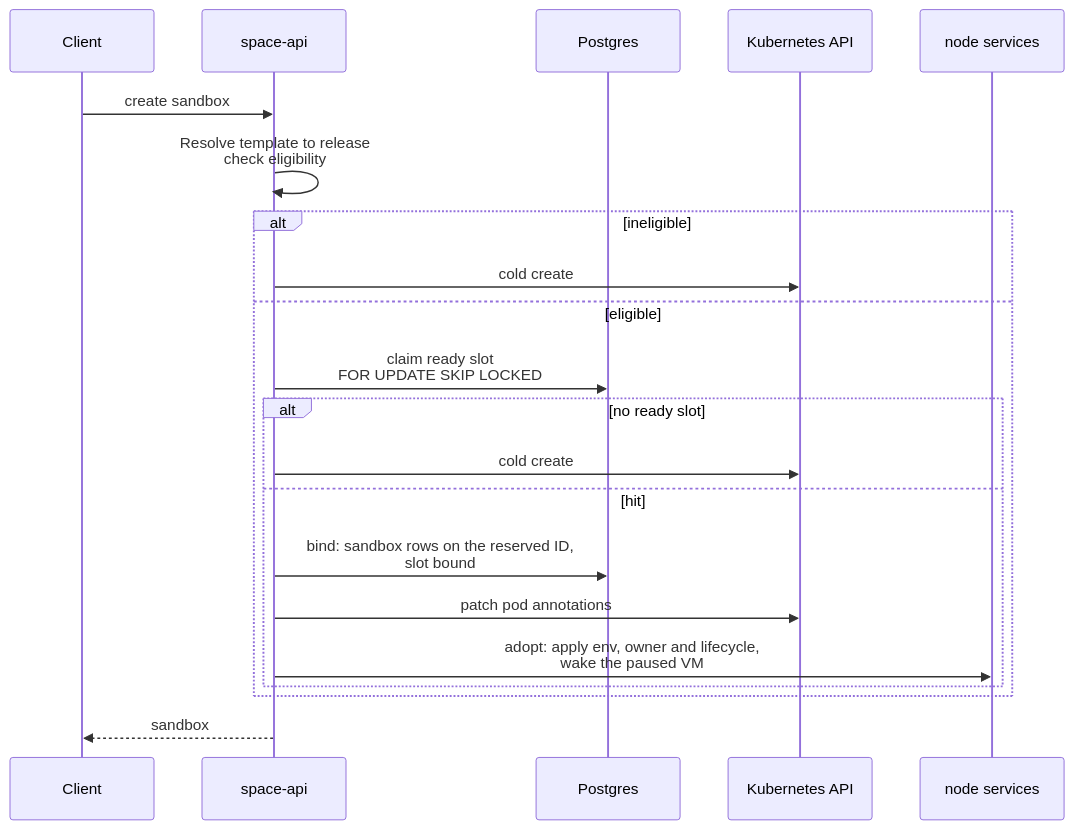
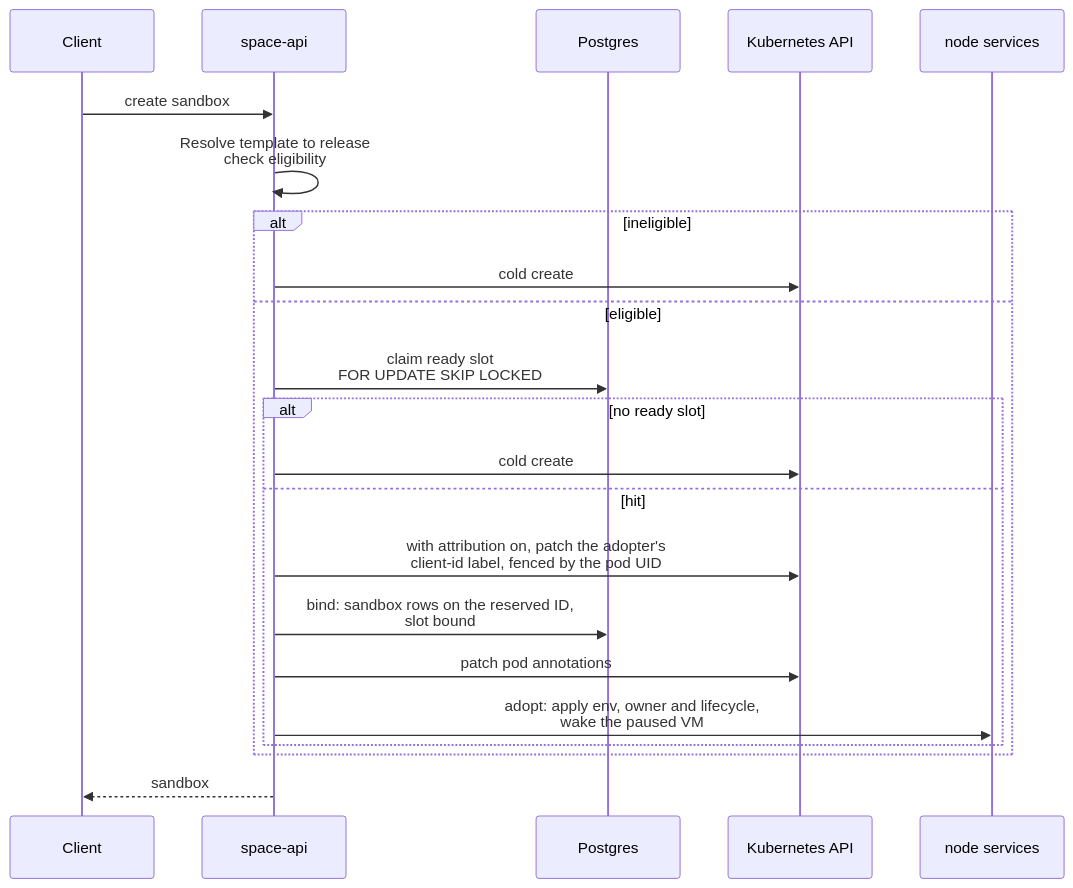
The second of 2 diagrams in docs/space/design/warm-pools.md (perplexityai/SPACE), drawn with Mermaid before and after one commit. The commit also changed other lines of this file and 108 other files, not shown here.

Commit message:
[api] record the activating client and label sandbox pods with it

````diff
--- a/docs/space/design/warm-pools.md
+++ b/docs/space/design/warm-pools.md
@@ -128,24 +128,25 @@
 ```mermaid
 sequenceDiagram
     participant Client
     participant API as space-api
     participant PG as Postgres
     participant K8S as Kubernetes API
     participant Node as node services
 
     Client->>API: create sandbox
     API->>API: Resolve template to release<br/>check eligibility
     alt ineligible
         API->>K8S: cold create
     else eligible
         API->>PG: claim ready slot<br/>FOR UPDATE SKIP LOCKED
         alt no ready slot
             API->>K8S: cold create
         else hit
+            API->>K8S: with attribution on, patch the adopter's<br/>client-id label, fenced by the pod UID
             API->>PG: bind: sandbox rows on the reserved ID,<br/>slot bound
             API->>K8S: patch pod annotations
             API->>Node: adopt: apply env, owner and lifecycle,<br/>wake the paused VM
         end
     end
     API-->>Client: sandbox
 ```
````
